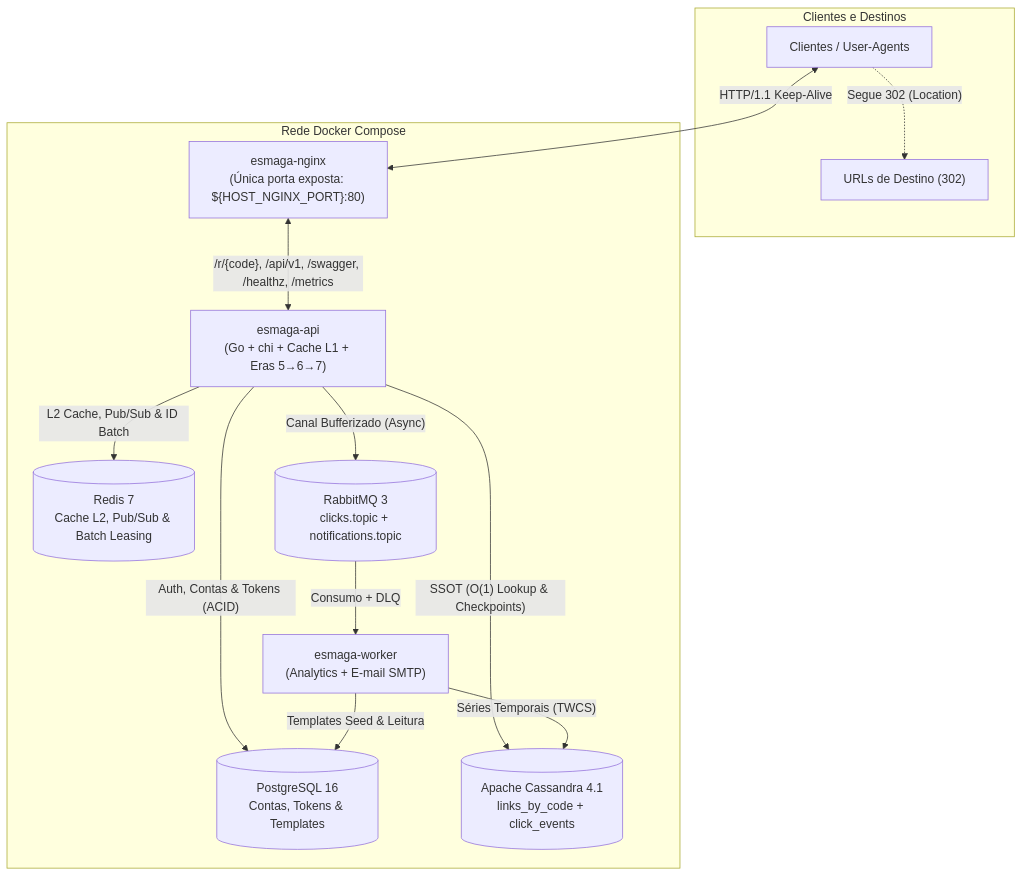
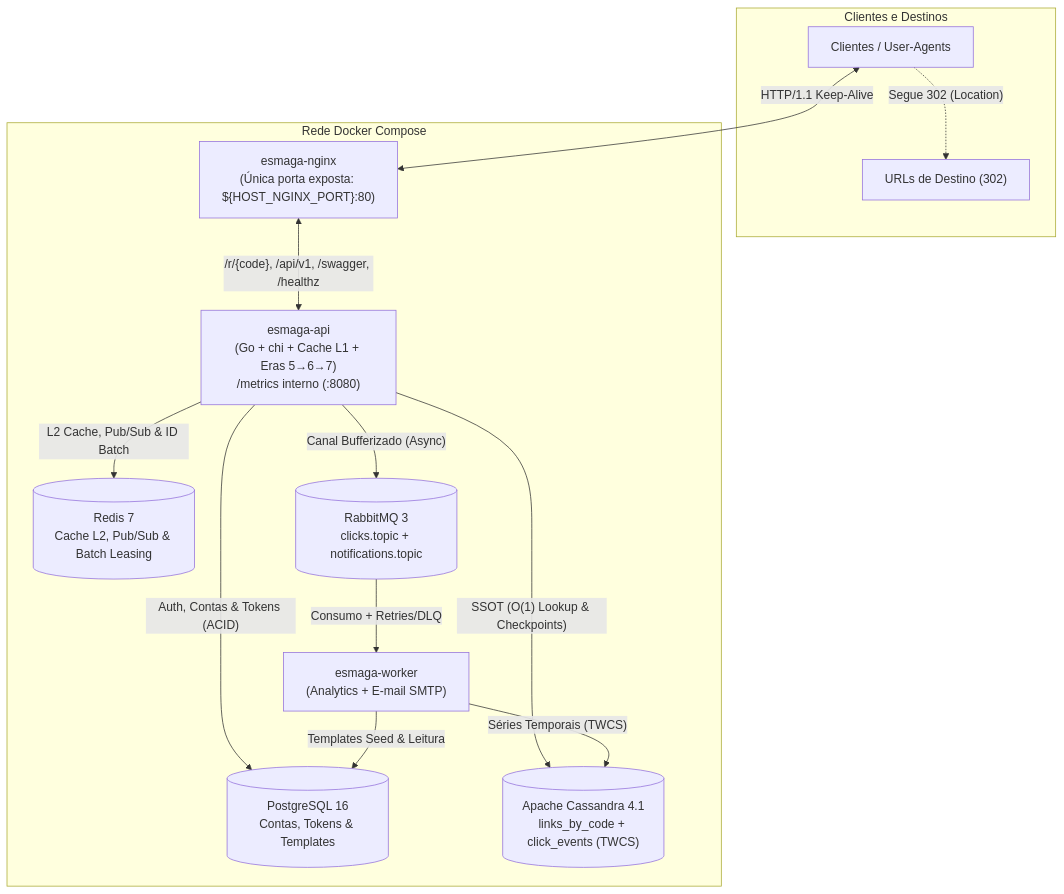
One commit to daviroodrigues/esmaga-link changed the diagram in README.md. Above: the diagram before and after it, drawn with Mermaid. The commit also changed other lines of this file and 5 other files, not shown here.

````diff
--- a/README.md
+++ b/README.md
@@ -153,30 +156,30 @@
 ```mermaid
 flowchart TD
     subgraph External["Clientes e Destinos"]
         Clients["Clientes / User-Agents"]
         Targets["URLs de Destino (302)"]
     end
 
     subgraph Network["Rede Docker Compose"]
         Nginx["esmaga-nginx\n(Única porta exposta: ${HOST_NGINX_PORT}:80)"]
-        API["esmaga-api\n(Go + chi + Cache L1 + Eras 5→6→7)"]
+        API["esmaga-api\n(Go + chi + Cache L1 + Eras 5→6→7)\n/metrics interno (:8080)"]
         Redis[("Redis 7\nCache L2, Pub/Sub & Batch Leasing")]
         Postgres[("PostgreSQL 16\nContas, Tokens & Templates")]
-        Cassandra[("Apache Cassandra 4.1\nlinks_by_code + click_events")]
+        Cassandra[("Apache Cassandra 4.1\nlinks_by_code + click_events (TWCS)")]
         RabbitMQ[("RabbitMQ 3\nclicks.topic + notifications.topic")]
         Worker["esmaga-worker\n(Analytics + E-mail SMTP)"]
     end
 
     Clients <-->|"HTTP/1.1 Keep-Alive"| Nginx
-    Nginx <-->|"/r/{code}, /api/v1, /swagger, /healthz, /metrics"| API
+    Nginx <-->|"/r/{code}, /api/v1, /swagger, /healthz"| API
     Clients -.->|"Segue 302 (Location)"| Targets
 
     API -->|"L2 Cache, Pub/Sub & ID Batch"| Redis
     API -->|"Auth, Contas & Tokens (ACID)"| Postgres
     API -->|"SSOT (O(1) Lookup & Checkpoints)"| Cassandra
     API -->|"Canal Bufferizado (Async)"| RabbitMQ
 
-    RabbitMQ -->|"Consumo + DLQ"| Worker
+    RabbitMQ -->|"Consumo + Retries/DLQ"| Worker
     Worker -->|"Séries Temporais (TWCS)"| Cassandra
     Worker -->|"Templates Seed & Leitura"| Postgres
 ```
````
